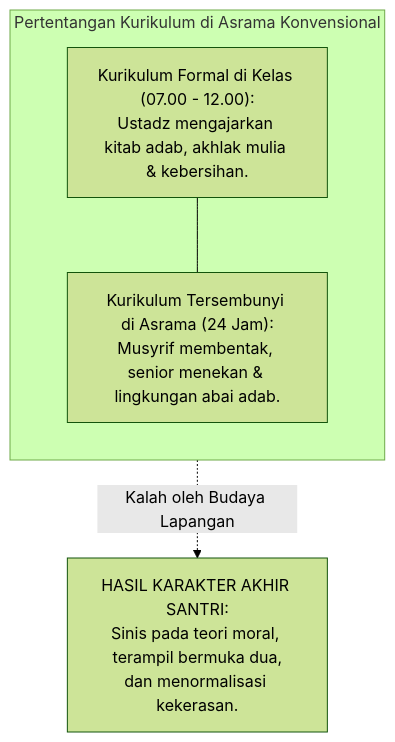
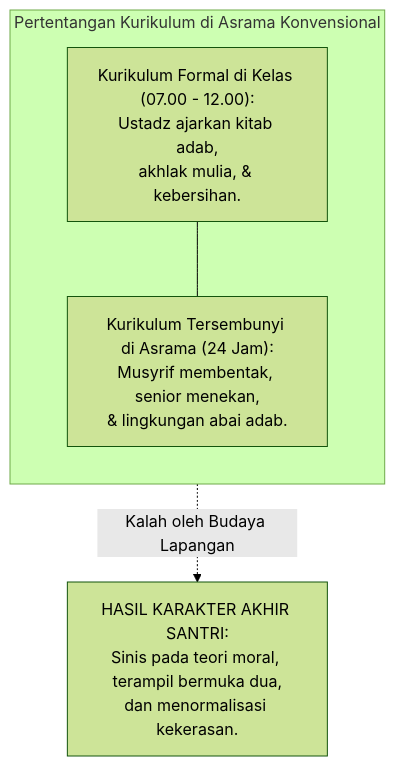
One commit to wandiapriliyandi/tumbuh changed the third of 4 diagrams in BOOK Series 1/01-The-Fundamental-of-TUMBUH/Bab-06-Falsafah-Tarbiyah-Tadib-dan-Ekosistem-Keteladanan.md. Above: the diagram before and after it, drawn with Mermaid (forest theme). The commit also changed 37 other files, not shown here.

Commit message:
fix(book-01): optimasi pemenggalan teks dan overflow seluruh diagram serta render ulang 20 PDF

````diff
--- a/BOOK Series 1/01-The-Fundamental-of-TUMBUH/Bab-06-Falsafah-Tarbiyah-Tadib-dan-Ekosistem-Keteladanan.md
+++ b/BOOK Series 1/01-The-Fundamental-of-TUMBUH/Bab-06-Falsafah-Tarbiyah-Tadib-dan-Ekosistem-Keteladanan.md
@@ -255,11 +255,11 @@
 ```mermaid
 graph TD
     subgraph KONTRADIKSI_TRADISIONAL["Pertentangan Kurikulum di Asrama Konvensional"]
         direction TB
-        KF["Kurikulum Formal di Kelas (07.00 - 12.00):<br/>Ustadz mengajarkan kitab adab, akhlak mulia & kebersihan."]
-        KT["Kurikulum Tersembunyi di Asrama (24 Jam):<br/>Musyrif membentak, senior menekan & lingkungan abai adab."]
+        KF["Kurikulum Formal di Kelas (07.00 - 12.00):<br/>Ustadz ajarkan kitab adab,<br/>akhlak mulia, & kebersihan."]
+        KT["Kurikulum Tersembunyi di Asrama (24 Jam):<br/>Musyrif membentak, senior menekan,<br/>& lingkungan abai adab."]
         KF --- KT
     end
 
     KONTRADIKSI_TRADISIONAL -.->|Kalah oleh Budaya Lapangan| HASIL["HASIL KARAKTER AKHIR SANTRI:<br/>Sinis pada teori moral, terampil bermuka dua,<br/>dan menormalisasi kekerasan."]
 ```
````
